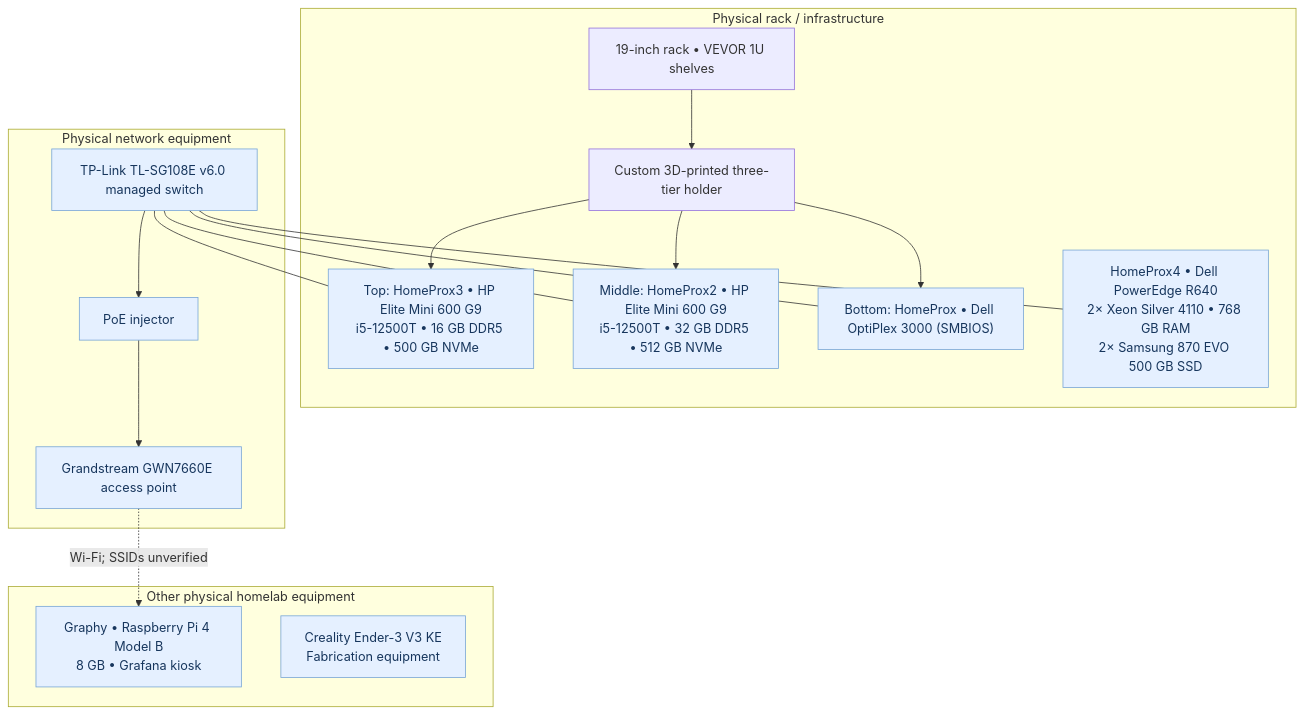
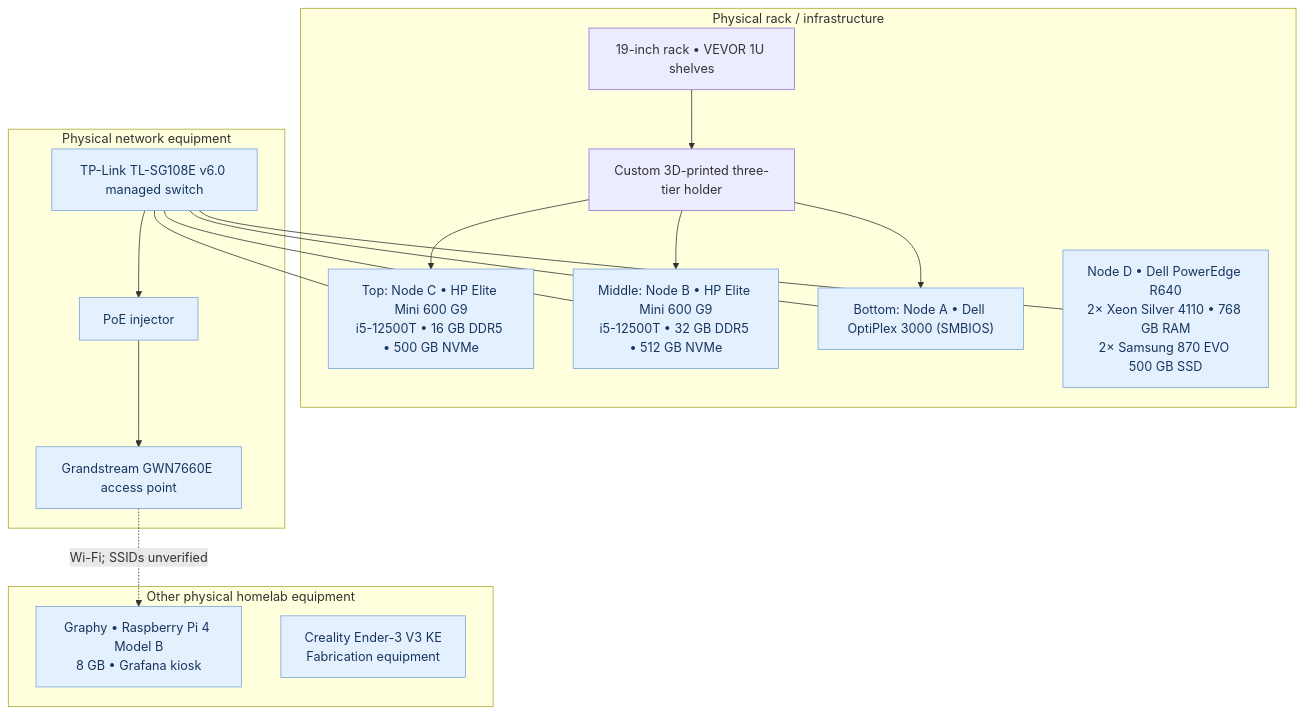
The third of 3 diagrams in network/diagrams/README.md (samuelkemp1619/HOMELAB-PORTFOLIO), drawn with Mermaid before and after one commit. The commit also changed other lines of this file, not shown here.

````diff
--- a/network/diagrams/README.md
+++ b/network/diagrams/README.md
@@ -105,32 +105,32 @@
 ```mermaid
 flowchart TB
     subgraph RACK["Physical rack / infrastructure"]
         SHELVES["19-inch rack • VEVOR 1U shelves"]
         HOLDER["Custom 3D-printed three-tier holder"]
-        H3["Top: HomeProx3 • HP Elite Mini 600 G9<br/>i5-12500T • 16 GB DDR5 • 500 GB NVMe"]
-        H2["Middle: HomeProx2 • HP Elite Mini 600 G9<br/>i5-12500T • 32 GB DDR5 • 512 GB NVMe"]
-        H1["Bottom: HomeProx • Dell OptiPlex 3000 (SMBIOS)"]
-        R640["HomeProx4 • Dell PowerEdge R640<br/>2× Xeon Silver 4110 • 768 GB RAM<br/>2× Samsung 870 EVO 500 GB SSD"]
+        H3["Top: Node C • HP Elite Mini 600 G9<br/>i5-12500T • 16 GB DDR5 • 500 GB NVMe"]
+        H2["Middle: Node B • HP Elite Mini 600 G9<br/>i5-12500T • 32 GB DDR5 • 512 GB NVMe"]
+        H1["Bottom: Node A • Dell OptiPlex 3000 (SMBIOS)"]
+        R640["Node D • Dell PowerEdge R640<br/>2× Xeon Silver 4110 • 768 GB RAM<br/>2× Samsung 870 EVO 500 GB SSD"]
         SHELVES --> HOLDER
         HOLDER --> H3
         HOLDER --> H2
         HOLDER --> H1
     end
     subgraph NETWORK_HW["Physical network equipment"]
         SWITCH_HW["TP-Link TL-SG108E v6.0 managed switch"]
         INJECTOR["PoE injector"]
         ACCESS["Grandstream GWN7660E access point"]
         SWITCH_HW --> INJECTOR --> ACCESS
     end
     subgraph OTHER_HW["Other physical homelab equipment"]
         PI4["Graphy • Raspberry Pi 4 Model B<br/>8 GB • Grafana kiosk"]
         PRINTER["Creality Ender-3 V3 KE<br/>Fabrication equipment"]
     end
     SWITCH_HW --- H1
     SWITCH_HW --- H2
     SWITCH_HW --- H3
     SWITCH_HW --- R640
     ACCESS -. "Wi-Fi; SSIDs unverified" .-> PI4
     classDef platform fill:#e5f0ff,color:#17365d,stroke:#77a5d6
     class H1,H2,H3,R640,SWITCH_HW,INJECTOR,ACCESS,PI4,PRINTER platform
 ```
````
